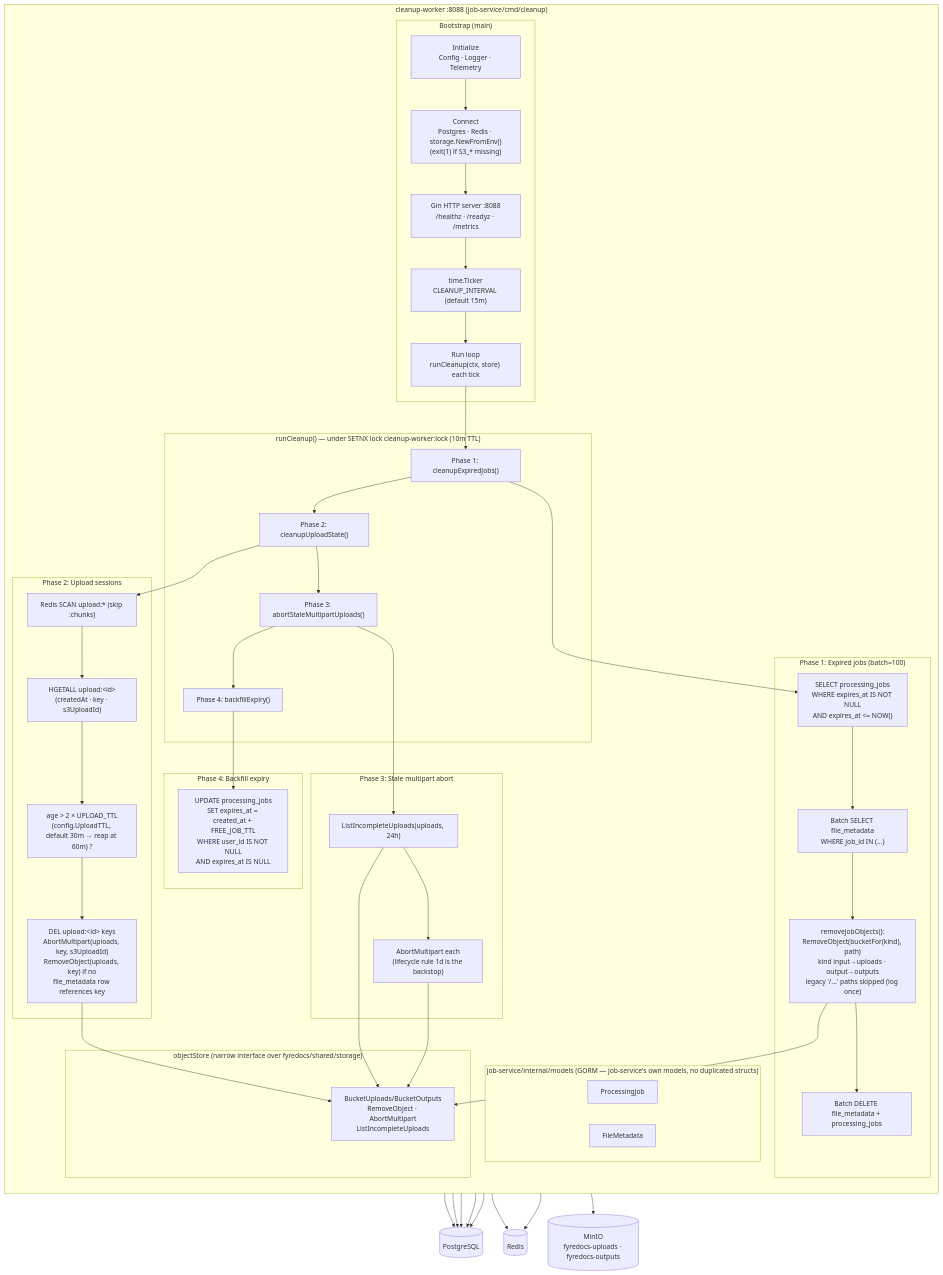
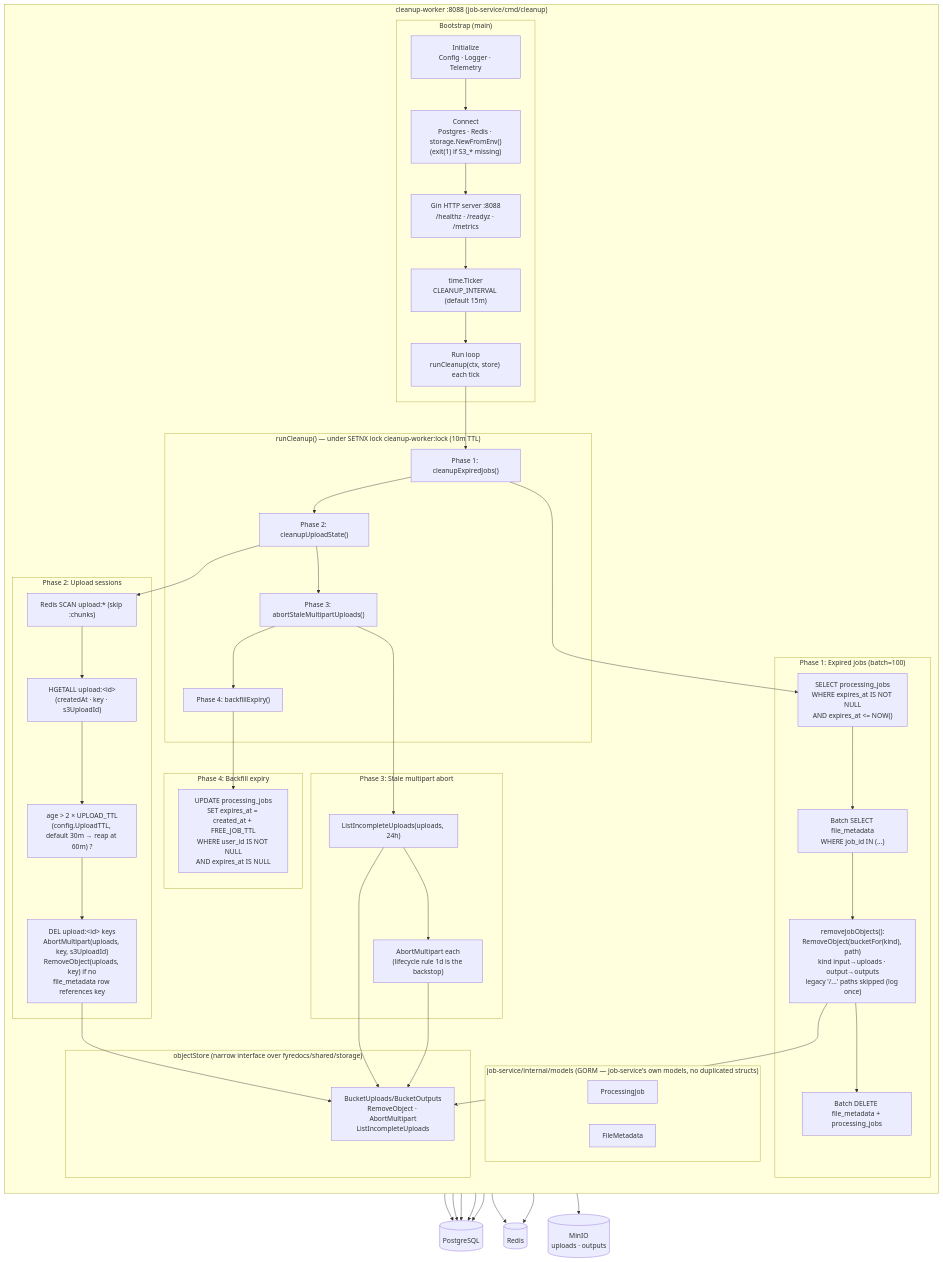
The first of 4 diagrams in docs/developer/mermaid/service-cleanup-worker-architecture.md (Prachidubey2003/fyredocs_backend), drawn with Mermaid before and after one commit. The commit also changed other lines of this file and 28 other files, not shown here.

````diff
--- a/docs/developer/mermaid/service-cleanup-worker-architecture.md
+++ b/docs/developer/mermaid/service-cleanup-worker-architecture.md
@@ -7,66 +7,66 @@
 ```mermaid
 graph TB
     subgraph cleanup-worker[" cleanup-worker :8088 (job-service/cmd/cleanup) "]
         direction TB
 
         subgraph Bootstrap["Bootstrap (main)"]
             INIT["Initialize<br/>Config · Logger · Telemetry"]
             CONNECT["Connect<br/>Postgres · Redis · storage.NewFromEnv()<br/>(exit(1) if S3_* missing)"]
             HTTP["Gin HTTP server :8088<br/>/healthz · /readyz · /metrics"]
             TICKER["time.Ticker<br/>CLEANUP_INTERVAL (default 15m)"]
             LOOP["Run loop<br/>runCleanup(ctx, store) each tick"]
         end
 
         subgraph Cleanup["runCleanup() — under SETNX lock cleanup-worker:lock (10m TTL)"]
             P1["Phase 1: cleanupExpiredJobs()"]
             P2["Phase 2: cleanupUploadState()"]
             P3["Phase 3: abortStaleMultipartUploads()"]
             P4["Phase 4: backfillExpiry()"]
         end
 
         subgraph P1Detail["Phase 1: Expired jobs (batch=100)"]
             P1A["SELECT processing_jobs<br/>WHERE expires_at IS NOT NULL<br/>AND expires_at <= NOW()"]
             P1B["Batch SELECT file_metadata<br/>WHERE job_id IN (...)"]
             P1C["removeJobObjects():<br/>RemoveObject(bucketFor(kind), path)<br/>kind input→uploads · output→outputs<br/>legacy '/...' paths skipped (log once)"]
             P1D["Batch DELETE file_metadata + processing_jobs"]
         end
 
         subgraph P2Detail["Phase 2: Upload sessions"]
             P2A["Redis SCAN upload:* (skip :chunks)"]
             P2B["HGETALL upload:&lt;id&gt;<br/>(createdAt · key · s3UploadId)"]
             P2C["age > 2 × UPLOAD_TTL<br/>(config.UploadTTL, default 30m → reap at 60m) ?"]
             P2D["DEL upload:&lt;id&gt; keys<br/>AbortMultipart(uploads, key, s3UploadId)<br/>RemoveObject(uploads, key) if no<br/>file_metadata row references key"]
         end
 
         subgraph P3Detail["Phase 3: Stale multipart abort"]
             P3A["ListIncompleteUploads(uploads, 24h)"]
             P3B["AbortMultipart each<br/>(lifecycle rule 1d is the backstop)"]
         end
 
         subgraph P4Detail["Phase 4: Backfill expiry"]
             P4A["UPDATE processing_jobs<br/>SET expires_at = created_at + FREE_JOB_TTL<br/>WHERE user_id IS NOT NULL<br/>AND expires_at IS NULL"]
         end
 
         subgraph Models["job-service/internal/models (GORM — job-service's own models, no duplicated structs)"]
             JM["ProcessingJob"]
             FM["FileMetadata"]
         end
 
         subgraph Store["objectStore (narrow interface over fyredocs/shared/storage)"]
             ST["BucketUploads/BucketOutputs<br/>RemoveObject · AbortMultipart<br/>ListIncompleteUploads"]
         end
     end
 
     INIT --> CONNECT --> HTTP --> TICKER --> LOOP
     LOOP --> P1 --> P2 --> P3 --> P4
 
     P1 --> P1A --> P1B --> P1C --> P1D
     P2 --> P2A --> P2B --> P2C --> P2D
     P3 --> P3A --> P3B
     P4 --> P4A
 
     P1A & P1B & P1D & P2D & P4A --> PG[(PostgreSQL)]
     P2A & P2B --> RD[(Redis)]
     P1C & P2D & P3A & P3B --> ST
-    ST --> S3[(MinIO<br/>fyredocs-uploads · fyredocs-outputs)]
+    ST --> S3[(MinIO<br/>uploads · outputs)]
 ```
````
